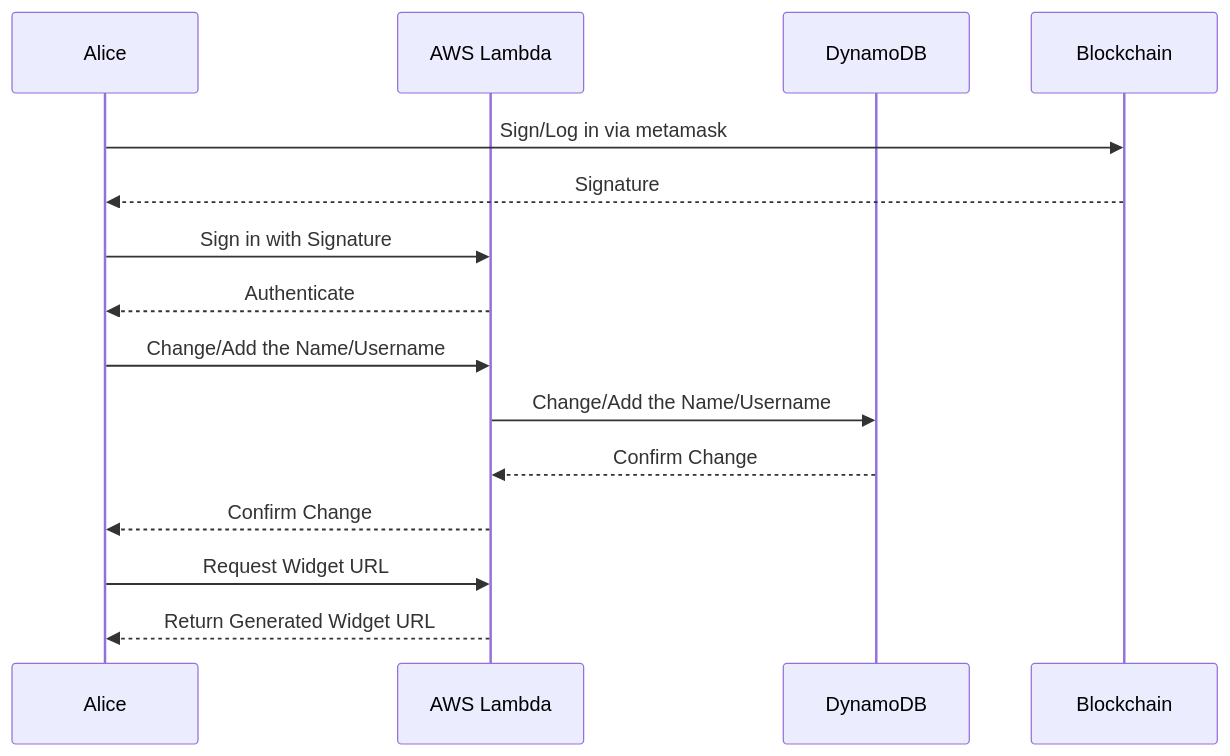
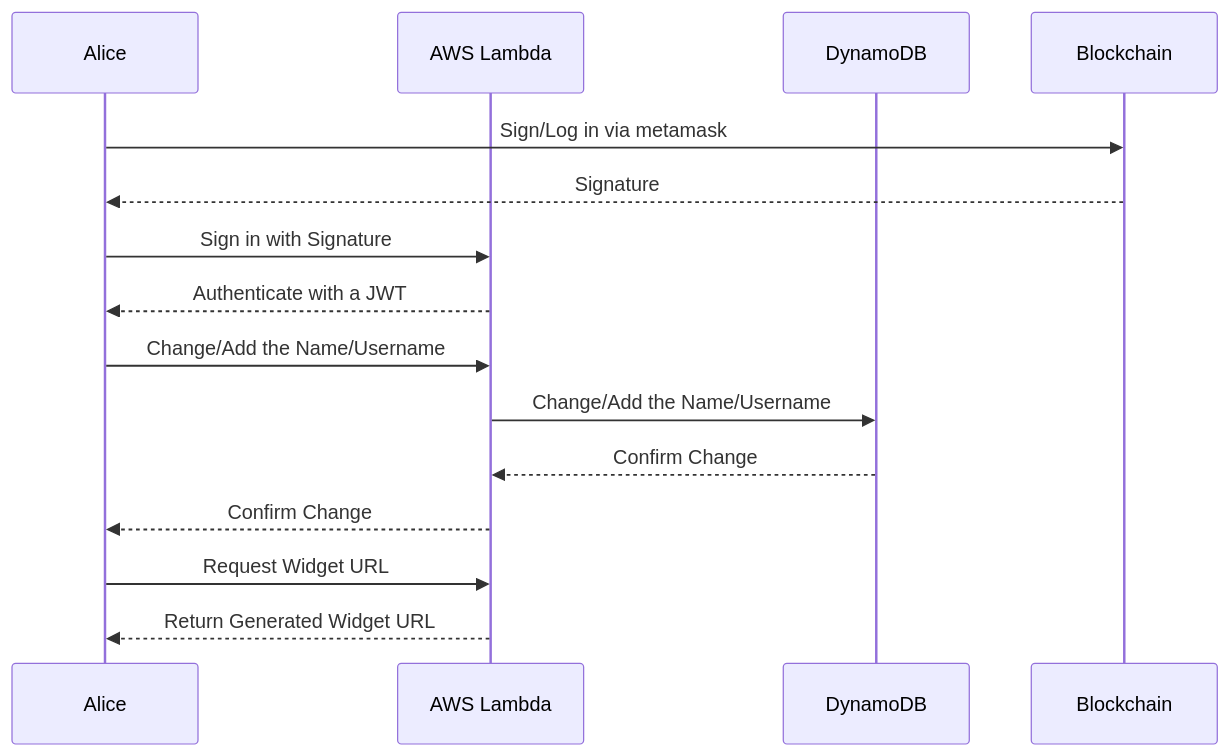
Before and after one commit to TheKnightCoder/Github-Profile-NFT-Viewer: the first of 2 diagrams in README.md, drawn with Mermaid. The commit also changed 28 other files, not shown here.

````diff
--- a/README.md
+++ b/README.md
@@ -6,20 +6,20 @@
 ```mermaid
 sequenceDiagram
   participant Alice
   participant AWS Lambda
   participant DynamoDB
   participant Blockchain
 
   Alice->>Blockchain: Sign/Log in via metamask
   Blockchain -->> Alice: Signature
   Alice ->> AWS Lambda: Sign in with Signature
-  AWS Lambda -->> Alice: Authenticate
+  AWS Lambda -->> Alice: Authenticate with a JWT
 
   Alice->>AWS Lambda: Change/Add the Name/Username
   AWS Lambda->>DynamoDB: Change/Add the Name/Username
   DynamoDB-->>AWS Lambda: Confirm Change
   AWS Lambda-->>Alice: Confirm Change
 
   Alice->>AWS Lambda: Request Widget URL
   AWS Lambda-->>Alice: Return Generated Widget URL
 ```
````
